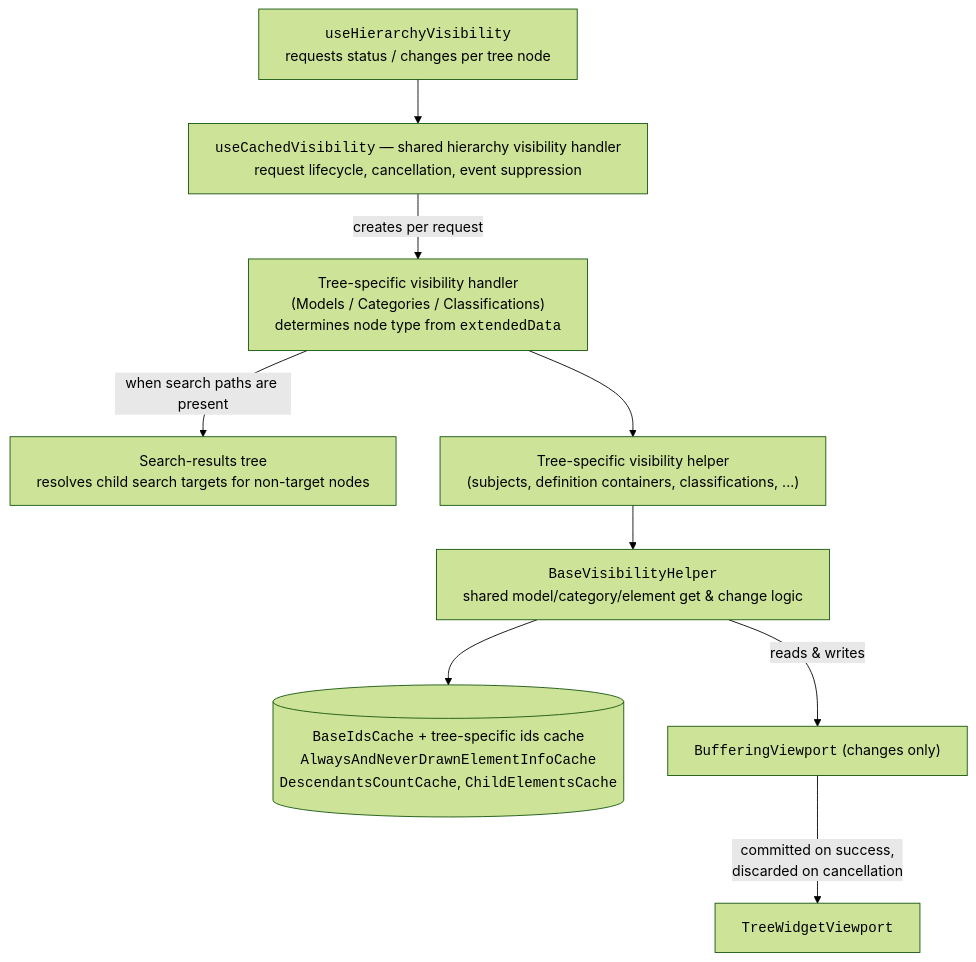
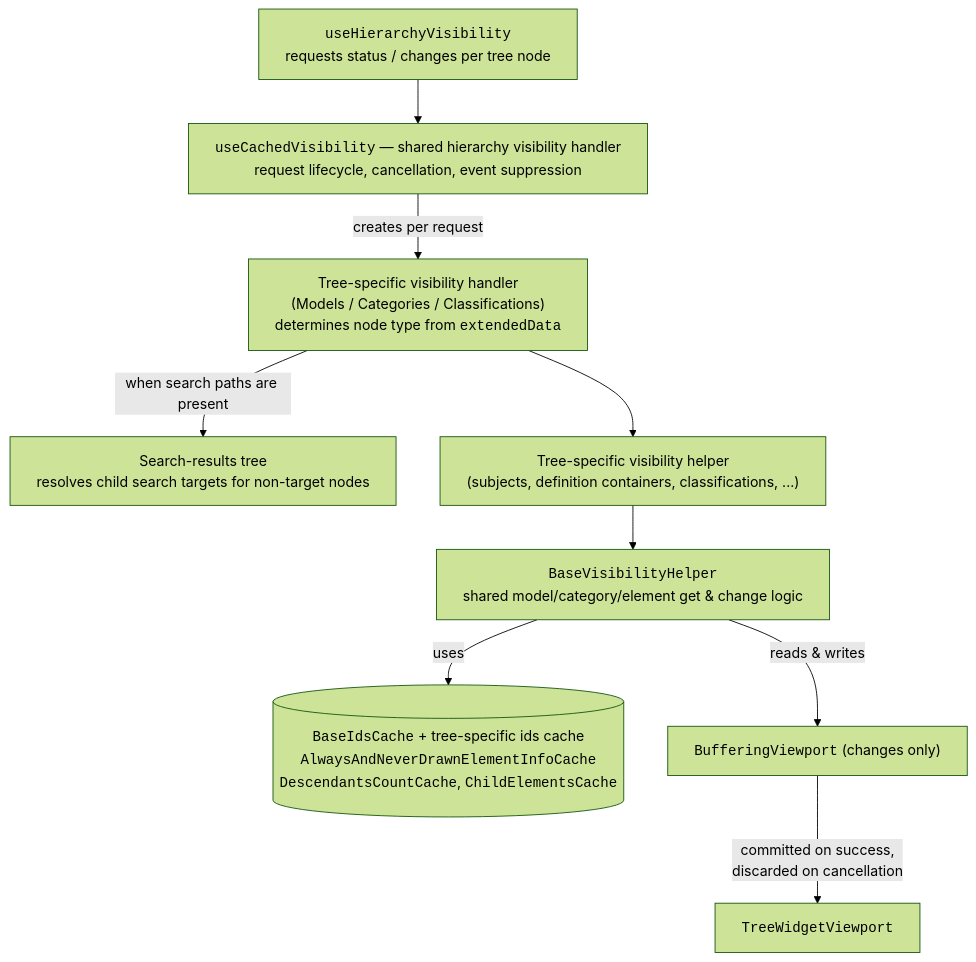
The first of 2 diagrams in packages/itwin/tree-widget/docs/Visibility.md (iTwin/viewer-components-react), drawn with Mermaid (forest theme) before and after one commit.

````diff
--- a/packages/itwin/tree-widget/docs/Visibility.md
+++ b/packages/itwin/tree-widget/docs/Visibility.md
@@ -9,28 +9,28 @@
 ```mermaid
 ---
 config:
   flowchart:
     wrappingWidth: 750
     useMaxWidth: false
 ---
 
 flowchart TD
   HOOK["<span style='font-family: monospace;'>useHierarchyVisibility</span><br/>requests status / changes per tree node"]
   UCV["<span style='font-family: monospace;'>useCachedVisibility</span> — shared hierarchy visibility handler<br/>request lifecycle, cancellation, event suppression"]
   HANDLER["Tree-specific visibility handler<br/>(Models / Categories / Classifications)<br/>determines node type from <span style='font-family: monospace;'>extendedData</span>"]
   SRT["Search-results tree<br/>resolves child search targets for non-target nodes"]
   HELPER["Tree-specific visibility helper<br/>(subjects, definition containers, classifications, ...)"]
   BASE["<span style='font-family: monospace;'>BaseVisibilityHelper</span><br/>shared model/category/element get &amp; change logic"]
   CACHES[("<span style='font-family: monospace;'>BaseIdsCache</span> + tree-specific ids cache<br/><span style='font-family: monospace;'>AlwaysAndNeverDrawnElementInfoCache</span><br/><span style='font-family: monospace;'>DescendantsCountCache</span>, <span style='font-family: monospace;'>ChildElementsCache</span>")]
   BUF["<span style='font-family: monospace;'>BufferingViewport</span> (changes only)"]
   VP["<span style='font-family: monospace;'>TreeWidgetViewport</span>"]
 
   HOOK --> UCV
   UCV -- "creates per request" --> HANDLER
   HANDLER -- "when search paths are present" --> SRT
   HANDLER --> HELPER
   HELPER --> BASE
-  BASE --> CACHES
+  BASE -- "uses" --> CACHES
   BASE -- "reads & writes" --> BUF
   BUF -- "committed on success,<br/>discarded on cancellation" --> VP
 ```
````
